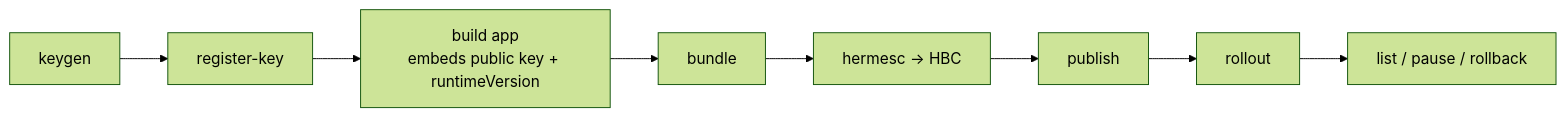
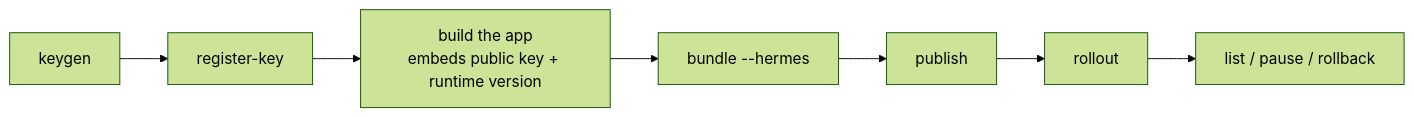
Before and after one commit to Scripting-Bear/dash-ota: the diagram in website/docs/cli/overview.md, drawn with Mermaid (forest theme). The commit also changed other lines of this file and 157 other files, not shown here.

````diff
--- a/website/docs/cli/overview.md
+++ b/website/docs/cli/overview.md
@@ -36,6 +49,6 @@
 ```mermaid
 flowchart LR
-  keygen --> register-key --> build[build app<br/>embeds public key + runtimeVersion]
-  build --> bundle --> hbc[hermesc → HBC] --> publish --> rollout
+  keygen --> register-key --> build[build the app<br/>embeds public key + runtime version]
+  build --> bundle[bundle --hermes] --> publish --> rollout
   rollout --> ops[list / pause / rollback]
 ```
````
